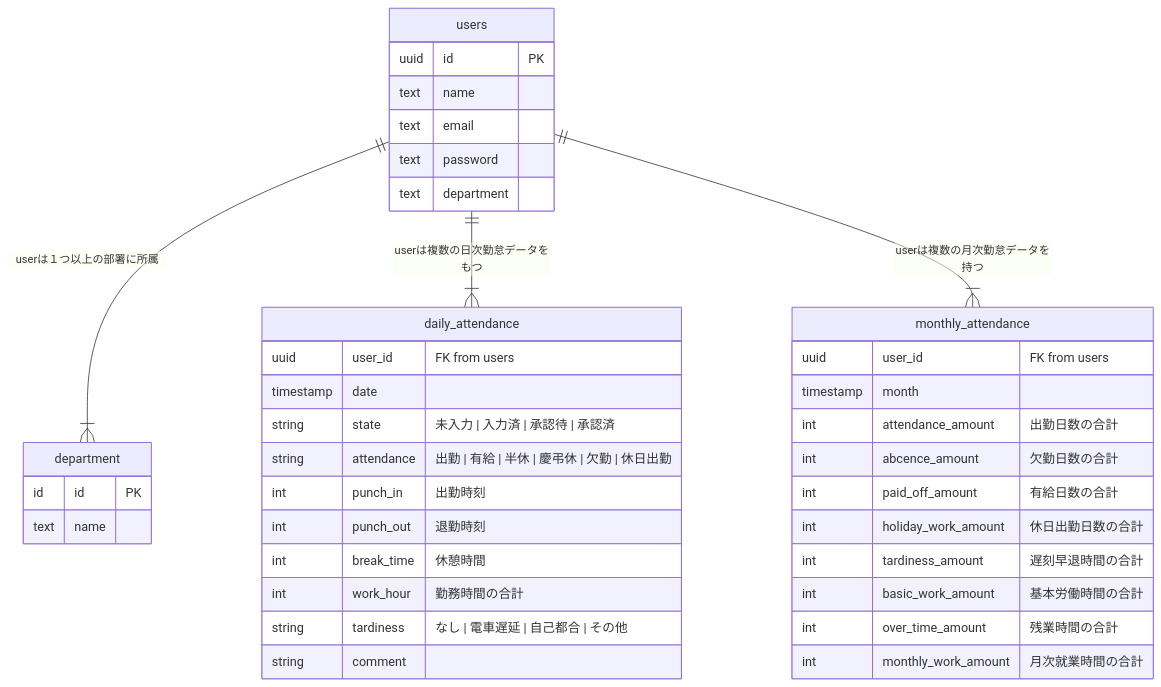
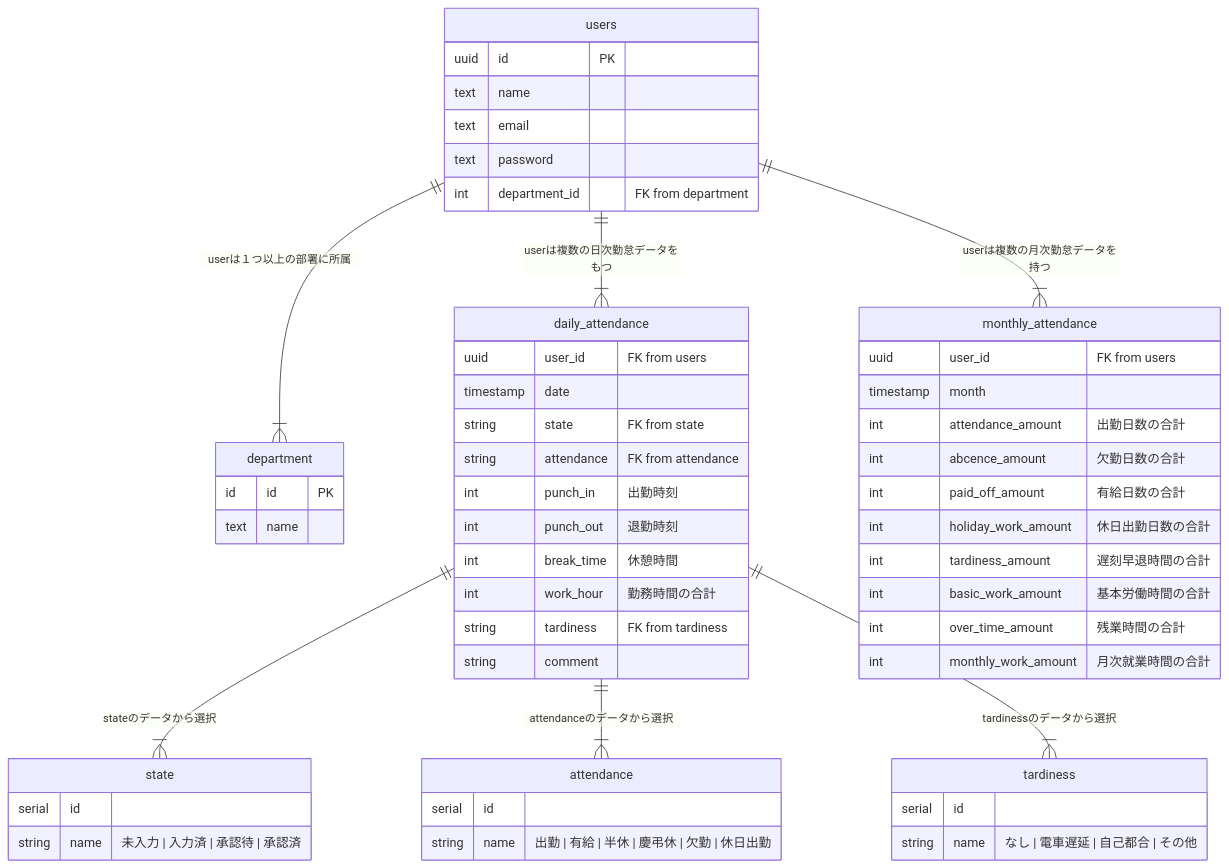
One commit to atom9916/e-navi-mock changed the diagram in database/database.md. Above: the diagram before and after it, drawn with Mermaid. The commit also changed 18 other files, not shown here.

Commit message:
ユニットテストおよびDBのER図を更新しました。

````diff
--- a/database/database.md
+++ b/database/database.md
@@ -1,49 +1,67 @@
 ```mermaid
 
 erDiagram
 
 users||--|{ department: "userは１つ以上の部署に所属"
 users||--|{ daily_attendance: "userは複数の日次勤怠データをもつ"
 users||--|{ monthly_attendance: "userは複数の月次勤怠データを持つ"
+daily_attendance||--|{ state: "stateのデータから選択"
+daily_attendance||--|{ attendance: "attendanceのデータから選択"
+daily_attendance||--|{ tardiness: "tardinessのデータから選択"
 
 
 users{
   uuid id PK
   text name
   text email
   text password
-  text department
+  int department_id "FK from department"
 }
 
 department {
   id id PK
   text name
 }
 
 daily_attendance {
   uuid user_id "FK from users"
   timestamp date
-  string state "未入力 | 入力済 | 承認待 | 承認済"
-  string attendance "出勤 | 有給 | 半休 | 慶弔休 | 欠勤 | 休日出勤"
+  string state "FK from state"
+  string attendance "FK from attendance"
   int punch_in "出勤時刻"
   int punch_out "退勤時刻"
   int break_time "休憩時間"
   int work_hour  "勤務時間の合計"
-  string tardiness "なし | 電車遅延 | 自己都合 | その他 "
+  string tardiness "FK from tardiness"
   string comment
 }
 
 monthly_attendance {
   uuid user_id "FK from users"
   timestamp month
   int attendance_amount "出勤日数の合計"
   int abcence_amount "欠勤日数の合計"
   int paid_off_amount "有給日数の合計"
   int holiday_work_amount "休日出勤日数の合計"
   int tardiness_amount "遅刻早退時間の合計"
   int basic_work_amount "基本労働時間の合計"
   int over_time_amount "残業時間の合計"
   int monthly_work_amount "月次就業時間の合計"
 }
 
+state {
+  serial id
+  string name "未入力 | 入力済 | 承認待 | 承認済"
+}
+
+attendance {
+  serial id
+  string name "出勤 | 有給 | 半休 | 慶弔休 | 欠勤 | 休日出勤"
+}
+
+tardiness {
+  serial id
+  string name "なし | 電車遅延 | 自己都合 | その他 "
+}
+
 ```
````
